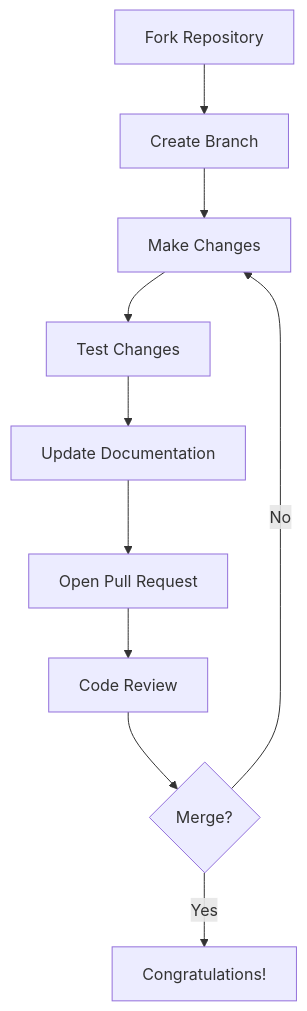
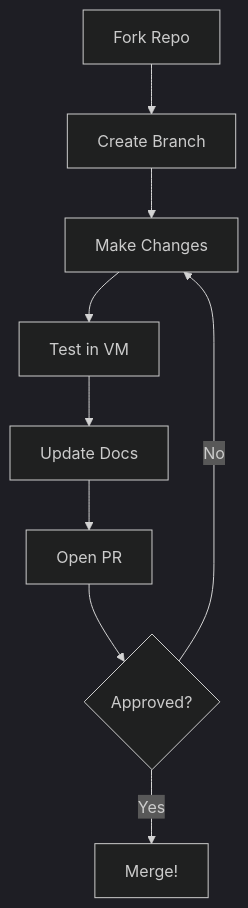
The first of 2 diagrams in CONTRIBUTING.md (ProDots/HyprZent-v2), drawn with Mermaid before and after one commit. The commit also changed other lines of this file, not shown here.

````diff
--- a/CONTRIBUTING.md
+++ b/CONTRIBUTING.md
@@ -30,12 +45,12 @@
 ```mermaid
+%%{init: {'theme': 'dark'}}%%
 graph TD
-    A[Fork Repository] --> B[Create Branch]
+    A[Fork Repo] --> B[Create Branch]
     B --> C[Make Changes]
-    C --> D[Test Changes]
-    D --> E[Update Documentation]
-    E --> F[Open Pull Request]
-    F --> G[Code Review]
-    G --> H{Merge?}
-    H -->|Yes| I[Congratulations!]
-    H -->|No| C
+    C --> D[Test in VM]
+    D --> E[Update Docs]
+    E --> F[Open PR]
+    F --> G{Approved?}
+    G -->|Yes| H[Merge!]
+    G -->|No| C
 ```
````
